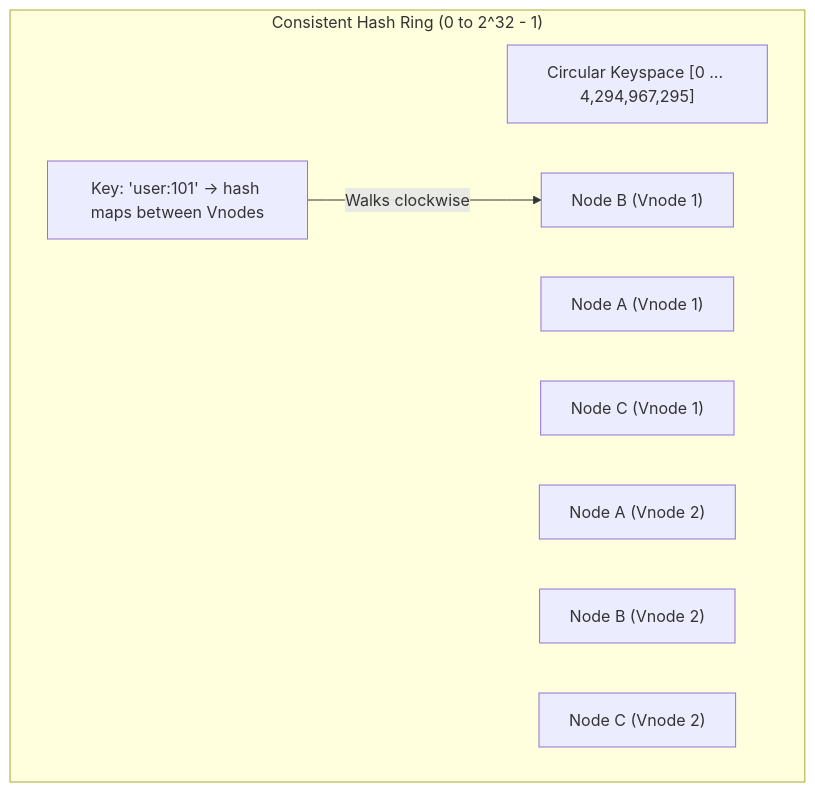
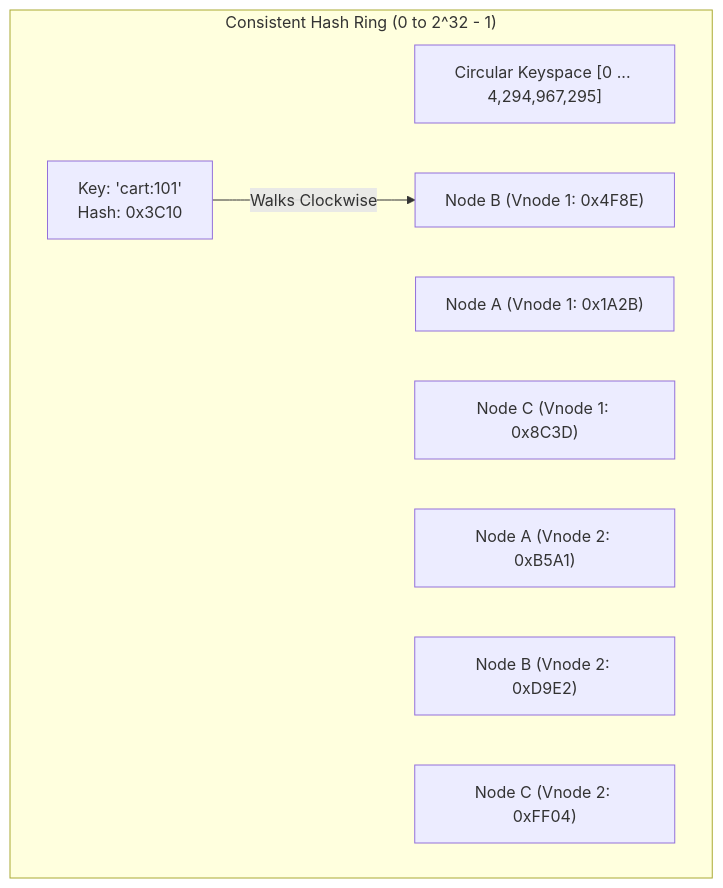
Before and after one commit to weaponxwolf/backend-engineering-mastry: the fourth of 6 diagrams in docs/system-design/distributed-kv-store.mdx, drawn with Mermaid. The commit also changed other lines of this file and 16 other files, not shown here.

````diff
--- a/docs/system-design/distributed-kv-store.mdx
+++ b/docs/system-design/distributed-kv-store.mdx
@@ -67,16 +142,16 @@
 ```mermaid
 graph TD
     subgraph HashRing ["Consistent Hash Ring (0 to 2^32 - 1)"]
         Ring["Circular Keyspace [0 ... 4,294,967,295]"]
         
-        N1_1["Node A (Vnode 1)"]
-        N2_1["Node B (Vnode 1)"]
-        N3_1["Node C (Vnode 1)"]
-        N1_2["Node A (Vnode 2)"]
-        N2_2["Node B (Vnode 2)"]
-        N3_2["Node C (Vnode 2)"]
+        N1_1["Node A (Vnode 1: 0x1A2B)"]
+        N2_1["Node B (Vnode 1: 0x4F8E)"]
+        N3_1["Node C (Vnode 1: 0x8C3D)"]
+        N1_2["Node A (Vnode 2: 0xB5A1)"]
+        N2_2["Node B (Vnode 2: 0xD9E2)"]
+        N3_2["Node C (Vnode 2: 0xFF04)"]
         
-        K1["Key: 'user:101' -> hash maps between Vnodes"]
-        K1 -->|Walks clockwise| N2_1
+        K1["Key: 'cart:101'<br/>Hash: 0x3C10"]
+        K1 -->|Walks Clockwise| N2_1
     end
 ```
````
